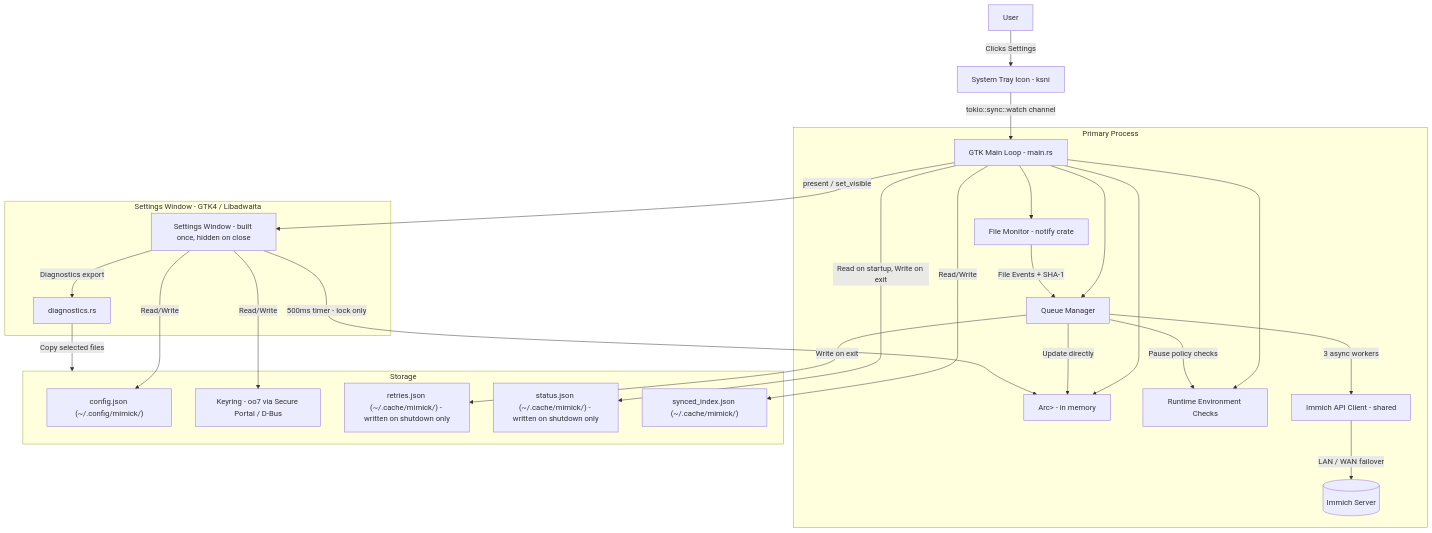
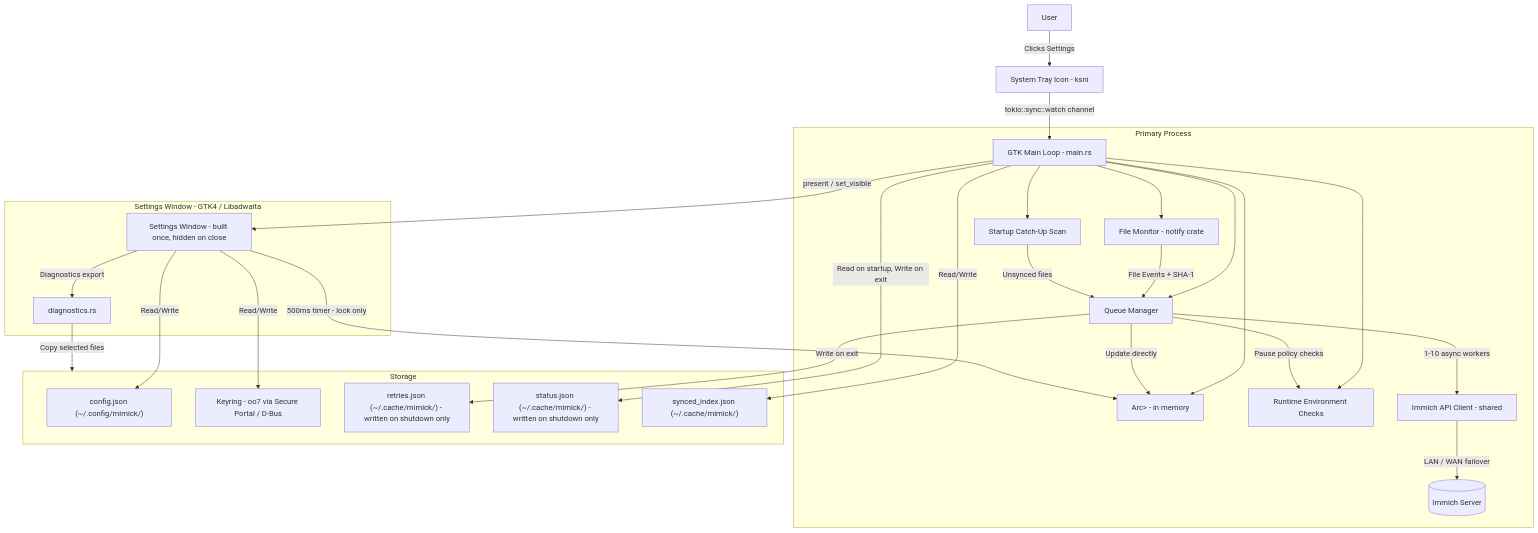
One commit to nicx17/immich_sync_app changed the diagram in wiki/Architecture.md. Above: the diagram before and after it, drawn with Mermaid. The commit also changed other lines of this file and 8 other files, not shown here.

````diff
--- a/wiki/Architecture.md
+++ b/wiki/Architecture.md
@@ -9,41 +9,43 @@
 ```mermaid
 graph TD
     User[User] -->|Clicks Settings| Tray[System Tray Icon - ksni]
     Tray -->|tokio::sync::watch channel| Main[GTK Main Loop - main.rs]
 
     subgraph Daemon [Primary Process]
         Main --> Monitor[File Monitor - notify crate]
         Main --> QueueManager[Queue Manager]
         Main --> SharedState["Arc<Mutex<AppState>> - in memory"]
         Main --> RuntimeEnv[Runtime Environment Checks]
+        Main --> StartupScan[Startup Catch-Up Scan]
 
         Monitor -->|File Events + SHA-1| QueueManager
-        QueueManager -->|3 async workers| API[Immich API Client - shared]
+        StartupScan -->|Unsynced files| QueueManager
+        QueueManager -->|1-10 async workers| API[Immich API Client - shared]
         QueueManager -->|Update directly| SharedState
         QueueManager -->|Pause policy checks| RuntimeEnv
 
         API -->|LAN / WAN failover| Immich[(Immich Server)]
     end
 
     subgraph Settings UI [Settings Window - GTK4 / Libadwaita]
         Window[Settings Window - built once, hidden on close] -->|500ms timer - lock only| SharedState
         Window -->|Diagnostics export| Diagnostics[diagnostics.rs]
     end
 
     Main -->|present / set_visible| Window
 
     subgraph Storage
         Config["config.json (~/.config/mimick/)"]
         Keyring[Keyring - oo7 via Secure Portal / D-Bus]
         RetryFile["retries.json (~/.cache/mimick/) - written on shutdown only"]
         StateFile["status.json (~/.cache/mimick/) - written on shutdown only"]
         SyncIndex["synced_index.json (~/.cache/mimick/)"]
     end
 
     Window -->|Read/Write| Config
     Window -->|Read/Write| Keyring
     Main -->|Read on startup, Write on exit| StateFile
     QueueManager -->|Write on exit| RetryFile
     Main -->|Read/Write| SyncIndex
     Diagnostics -->|Copy selected files| Storage
 ```
````
